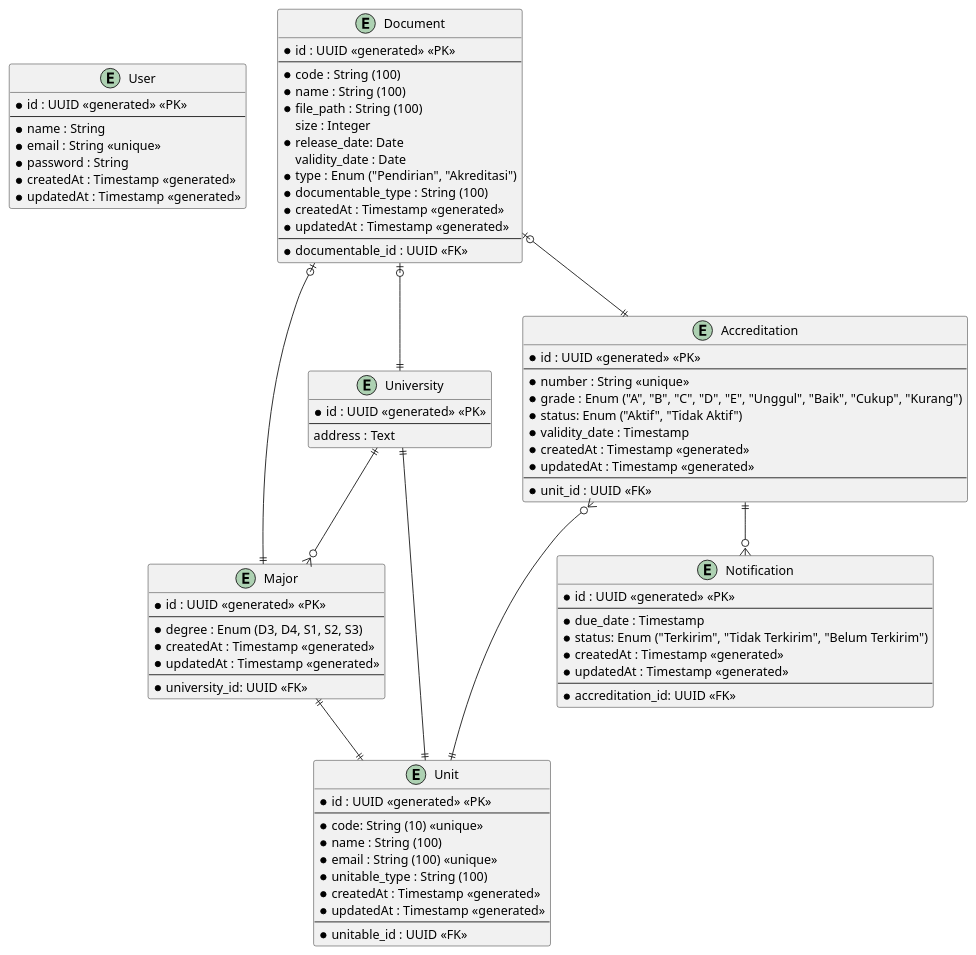
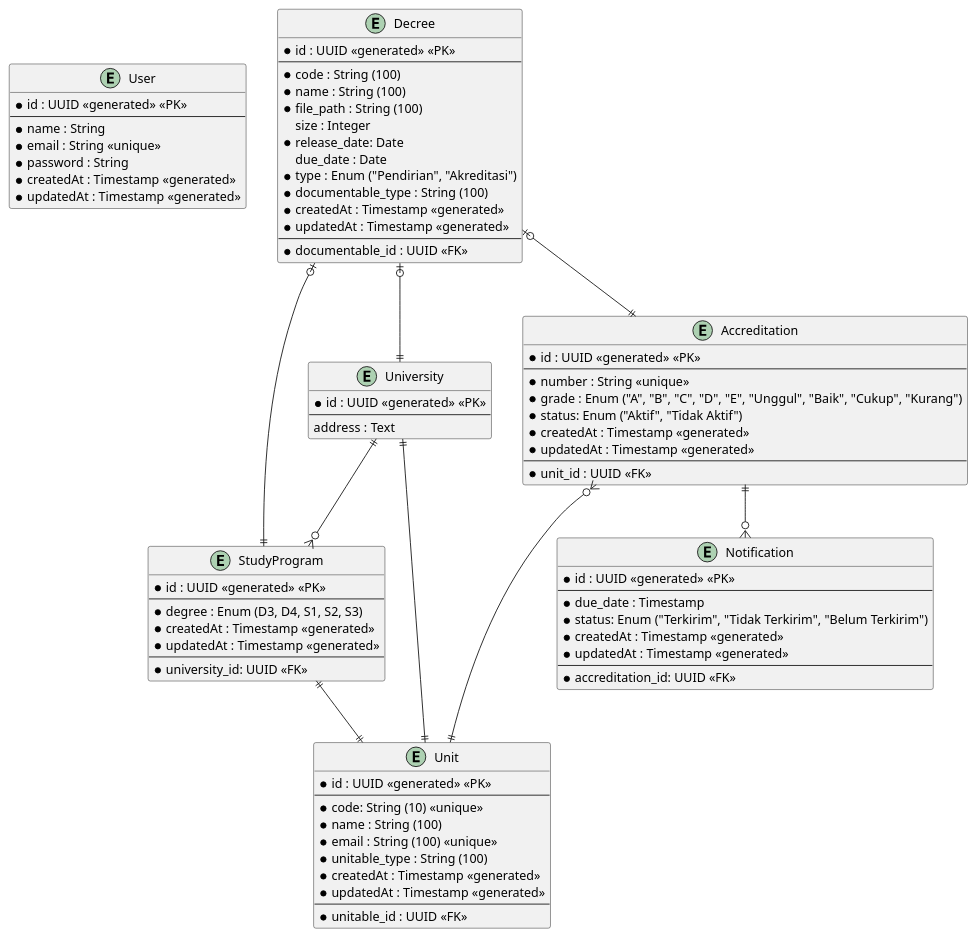
One commit to alifnuryana/sistem-penjaminan-mutu changed the diagram in spm-widyatama.puml. Above: the diagram before and after it, drawn with PlantUML. The commit also changed 4 other files, not shown here.

```diff
--- a/spm-widyatama.puml
+++ b/spm-widyatama.puml
@@ -1,95 +1,94 @@
 @startuml
 
 entity User {
     * id : UUID <<generated>> <<PK>>
     ---
     * name : String
     * email : String <<unique>>
     * password : String
     * createdAt : Timestamp <<generated>>
     * updatedAt : Timestamp <<generated>>
 }
 
 entity Unit {
     * id : UUID <<generated>> <<PK>>
     ---
     * code: String (10) <<unique>>
     * name : String (100)
     * email : String (100) <<unique>>
     * unitable_type : String (100)
     * createdAt : Timestamp <<generated>>
     * updatedAt : Timestamp <<generated>>
     ---
     * unitable_id : UUID <<FK>>
 }
 
-entity Major {
+entity StudyProgram {
     * id : UUID <<generated>> <<PK>>
     ---
     * degree : Enum (D3, D4, S1, S2, S3)
     * createdAt : Timestamp <<generated>>
     * updatedAt : Timestamp <<generated>>
     ---
     * university_id: UUID <<FK>>
 }
 
 entity University {
      * id : UUID <<generated>> <<PK>>
     ---
     address : Text
 }
 
 entity Accreditation {
     * id : UUID <<generated>> <<PK>>
     ---
     * number : String <<unique>>
     * grade : Enum ("A", "B", "C", "D", "E", "Unggul", "Baik", "Cukup", "Kurang")
     * status: Enum ("Aktif", "Tidak Aktif")
-    * validity_date : Timestamp
     * createdAt : Timestamp <<generated>>
     * updatedAt : Timestamp <<generated>>
     ---
     * unit_id : UUID <<FK>>
 }
 
 entity Notification {
     * id : UUID <<generated>> <<PK>>
     ---
     * due_date : Timestamp
     * status: Enum ("Terkirim", "Tidak Terkirim", "Belum Terkirim")
     * createdAt : Timestamp <<generated>>
     * updatedAt : Timestamp <<generated>>
     ---
     * accreditation_id: UUID <<FK>>
 }
 
-entity Document {
+entity Decree {
     * id : UUID <<generated>> <<PK>>
     ---
     * code : String (100)
     * name : String (100)
     * file_path : String (100)
     size : Integer
     * release_date: Date
-    validity_date : Date
+    due_date : Date
     * type : Enum ("Pendirian", "Akreditasi")
     * documentable_type : String (100)
     * createdAt : Timestamp <<generated>>
     * updatedAt : Timestamp <<generated>>
     ---
     * documentable_id : UUID <<FK>>
 }
 
 
-Major ||--|| Unit
+StudyProgram ||--|| Unit
 
-University ||--o{ Major
+University ||--o{ StudyProgram
 University ||--|| Unit
 
 Accreditation ||--o{ Notification
 Accreditation }o--|| Unit
 
-Document |o--|| University
-Document |o--|| Major
-Document |o--|| Accreditation
+Decree |o--|| University
+Decree |o--|| StudyProgram
+Decree |o--|| Accreditation
 @enduml
```
